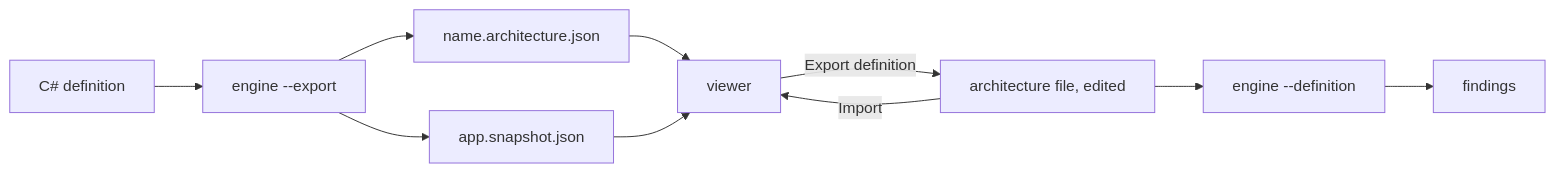
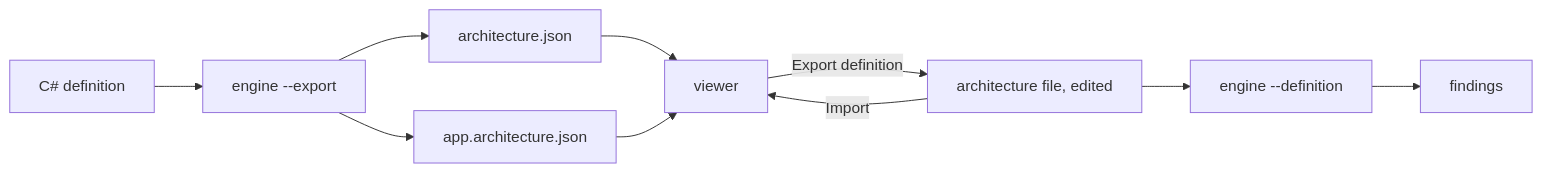
One commit to MgCohen/vsa-template changed the diagram in docs/architecture-data.md. Above: the diagram before and after it, drawn with Mermaid. The commit also changed other lines of this file and 17 other files, not shown here.

First line of the commit message:
Name the files <architecture>.json and <app>.<architecture>.json

````diff
--- a/docs/architecture-data.md
+++ b/docs/architecture-data.md
@@ -14,12 +14,12 @@
 ```mermaid
 flowchart LR
     C[C# definition] --> X[engine --export]
-    X --> D[name.architecture.json]
-    X --> A[app.snapshot.json]
+    X --> D[architecture.json]
+    X --> A[app.architecture.json]
     D --> V[viewer]
     A --> V
     V -- Export definition --> D2[architecture file, edited]
     D2 -- Import --> V
     D2 --> K[engine --definition]
     K --> F[findings]
 ```
````
